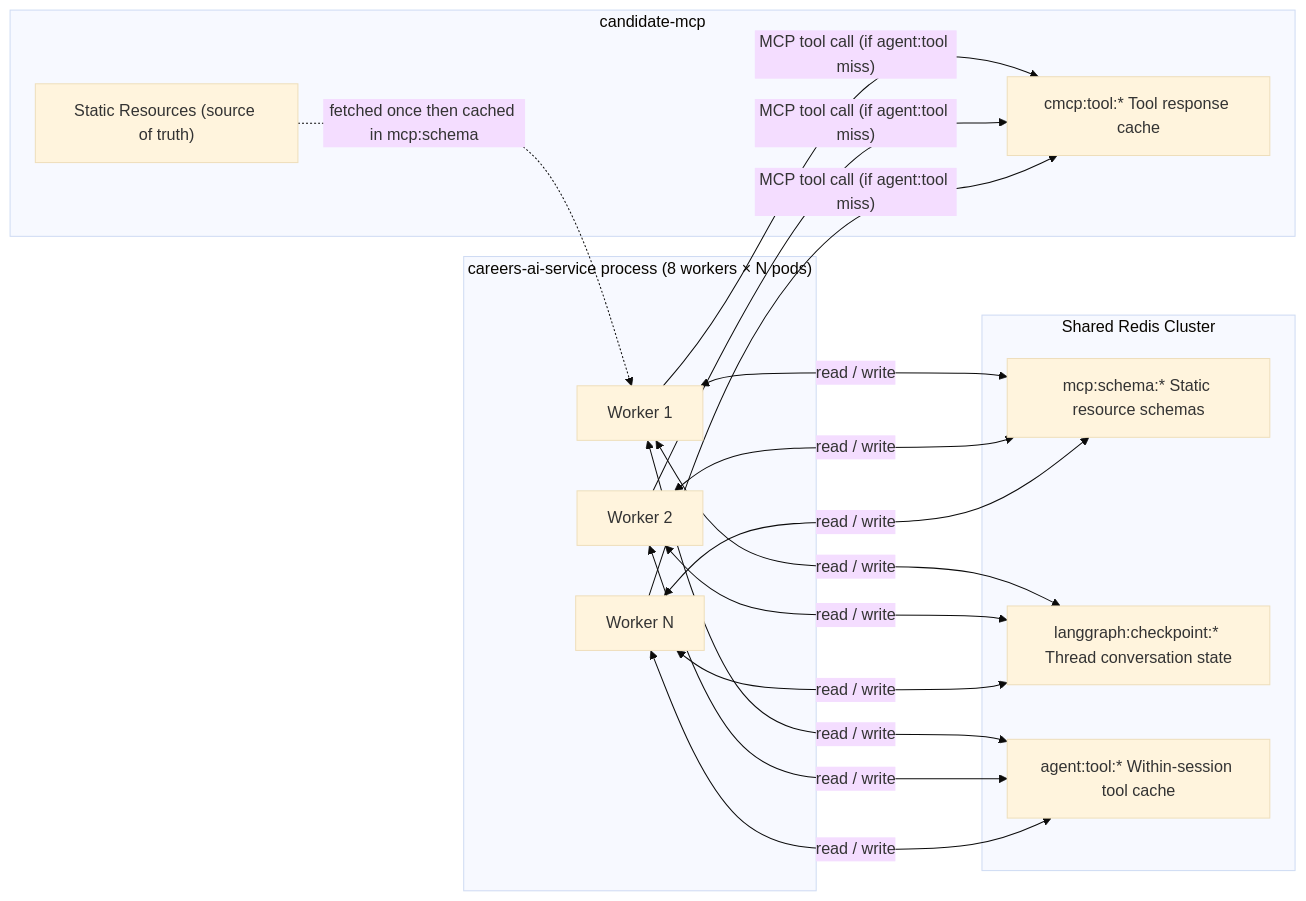
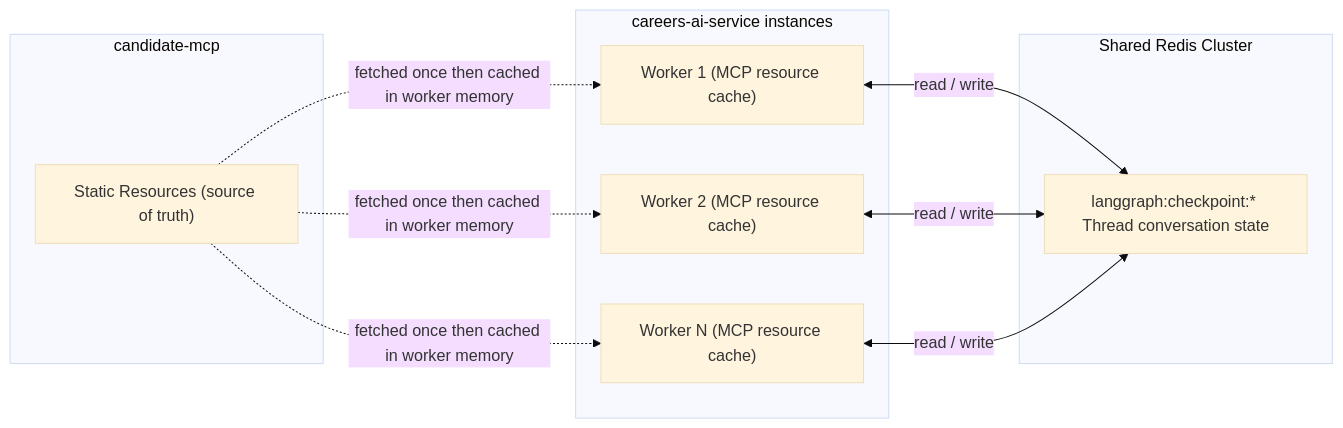
Diagram 27 of 31 in LLD_POST_APPLY_ASSISTANT.md (venkat-raman17/candidate-agent), drawn with Mermaid (base theme) before and after one commit. The commit also changed other lines of this file, not shown here.

````diff
--- a/LLD_POST_APPLY_ASSISTANT.md
+++ b/LLD_POST_APPLY_ASSISTANT.md
@@ -1574,25 +1626,21 @@
 ```mermaid
 flowchart LR
-    subgraph "careers-ai-service process (8 workers × N pods)"
-        W1["Worker 1"]
-        W2["Worker 2"]
-        WN["Worker N"]
+    subgraph "careers-ai-service instances"
+        W1["Worker 1 (MCP resource cache)"]
+        W2["Worker 2 (MCP resource cache)"]
+        WN["Worker N (MCP resource cache)"]
     end
 
     subgraph "Shared Redis Cluster"
-        NS1["mcp:schema:* Static resource schemas"]
         NS2["langgraph:checkpoint:* Thread conversation state"]
-        NS3["agent:tool:* Within-session tool cache"]
     end
 
     subgraph "candidate-mcp"
-        NS4["cmcp:tool:* Tool response cache"]
         SR["Static Resources (source of truth)"]
     end
 
-    W1 & W2 & WN <-->|"read / write"| NS1
     W1 & W2 & WN <-->|"read / write"| NS2
-    W1 & W2 & WN <-->|"read / write"| NS3
-    W1 & W2 & WN -->|"MCP tool call (if agent:tool miss)"| NS4
-    SR -.->|"fetched once then cached in mcp:schema"| W1
+    SR -.->|"fetched once then cached in worker memory"| W1
+    SR -.->|"fetched once then cached in worker memory"| W2
+    SR -.->|"fetched once then cached in worker memory"| WN
 ```
````
